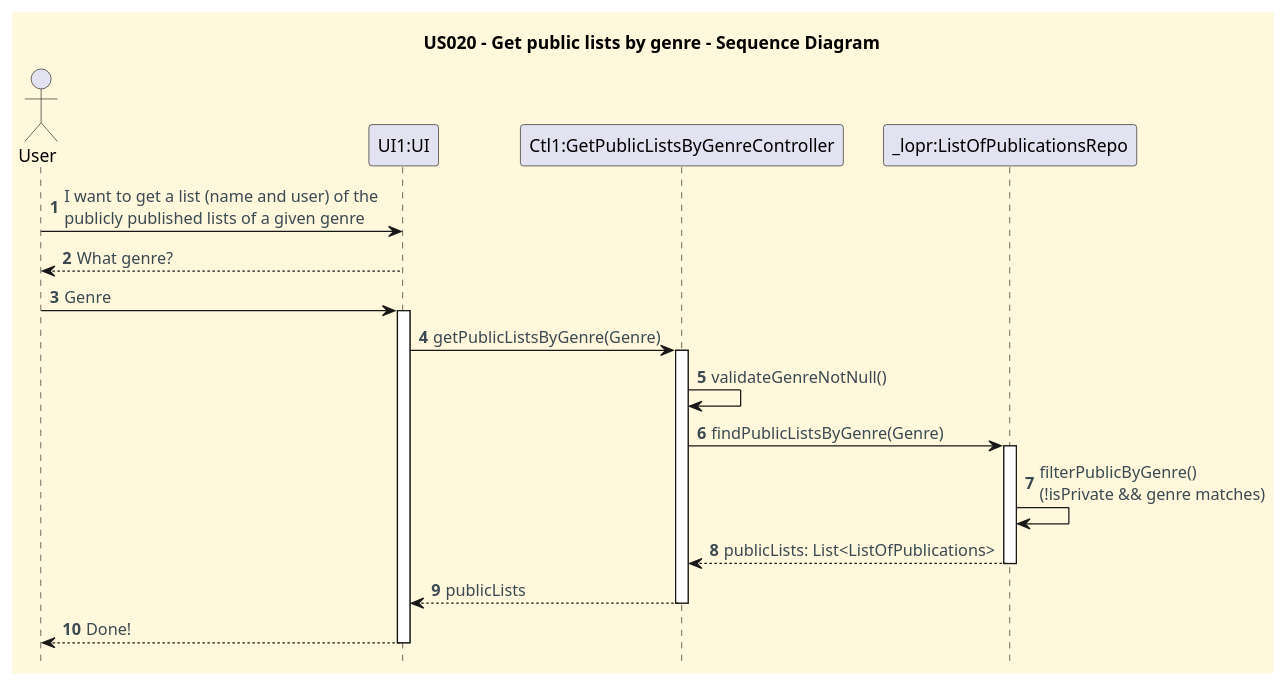
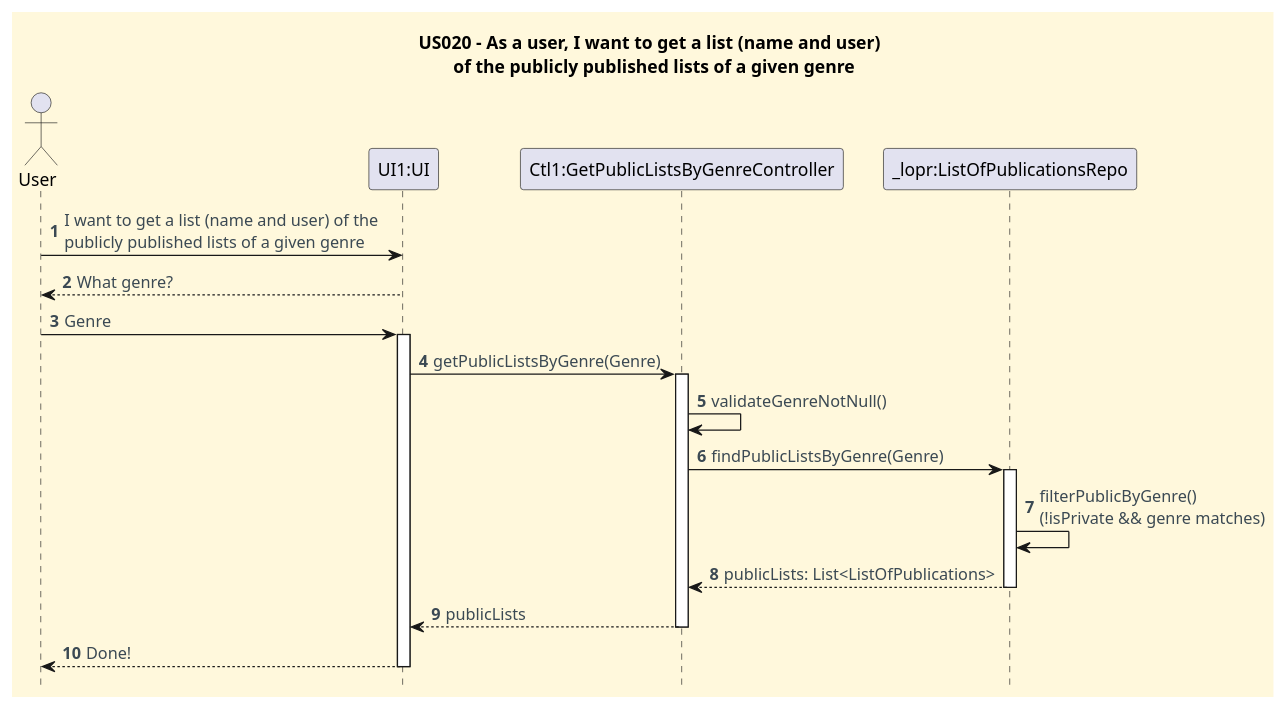
Before and after one commit to CarolinaLeite-collab/JavaMarketplacePlatform: the diagram in docs/userStories/US020/US020_get_a_list_given_genres_SD.puml, drawn with PlantUML.

Commit message:
Resolves #131: Updated System Diagram of US020

```diff
--- a/docs/userStories/US020/US020_get_a_list_given_genres_SD.puml
+++ b/docs/userStories/US020/US020_get_a_list_given_genres_SD.puml
@@ -1,48 +1,48 @@
 @startuml
-title US020 - Get public lists by genre - Sequence Diagram
+title US020 - As a user, I want to get a list (name and user) \n of the publicly published lists of a given genre
 hidefootbox
 
 '==== basic style ====
 skinparam monochrome false
 skinparam shadowing false
 skinparam defaultFontName Futura
 skinparam objectFontSize 20
 skinparam backgroundColor CornSilk
 skinparam objectBackgroundColor WhiteSmoke
 skinparam noteBackgroundColor #FFFFE0
 skinparam ArrowFontColor #3B4953
 skinparam ActivationBackgroundColor black
 
 autonumber
 autoactivate off
 
 
 actor User as U
 participant "UI1:UI" as UI
 participant "Ctl1:GetPublicListsByGenreController" as C
 participant "_lopr:ListOfPublicationsRepo" as R
 
 U -> UI: I want to get a list (name and user) of the \npublicly published lists of a given genre
 UI --> U: What genre?
 
 U -> UI: Genre
 activate UI
 
 UI -> C: getPublicListsByGenre(Genre)
 activate C
 
 C -> C: validateGenreNotNull()
 C -> R: findPublicListsByGenre(Genre)
 activate R
 
 R -> R: filterPublicByGenre()\n(!isPrivate && genre matches)
 R --> C: publicLists: List<ListOfPublications>
 deactivate R
 
 C --> UI: publicLists
 deactivate C
 
 UI --> U: Done!
 deactivate UI
 
 @enduml
```
